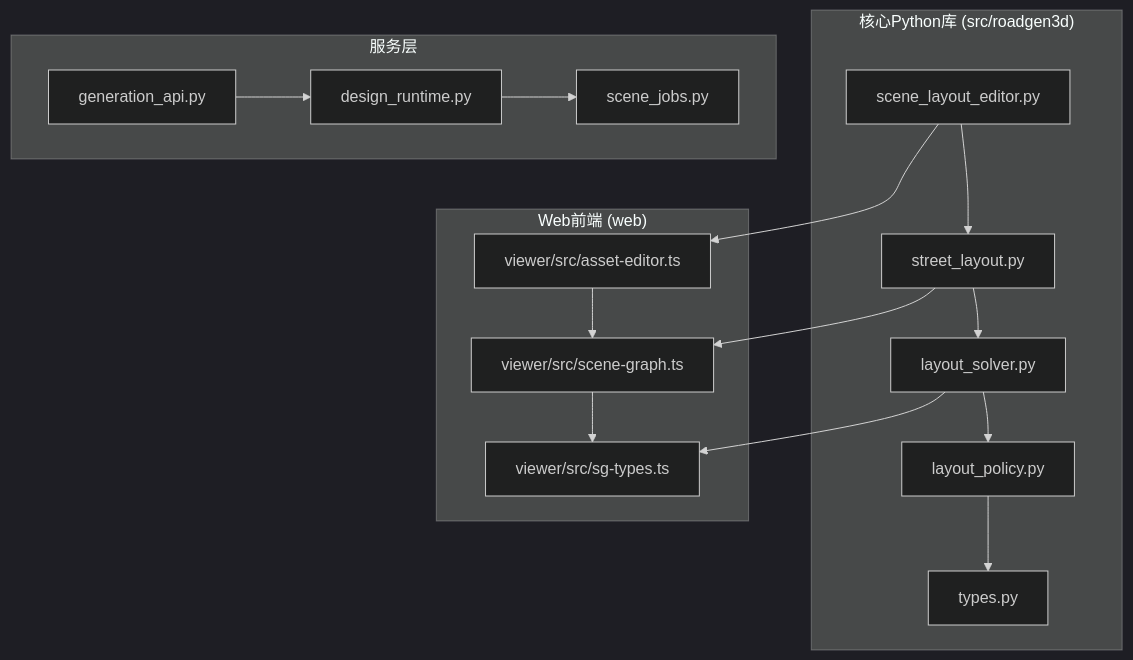
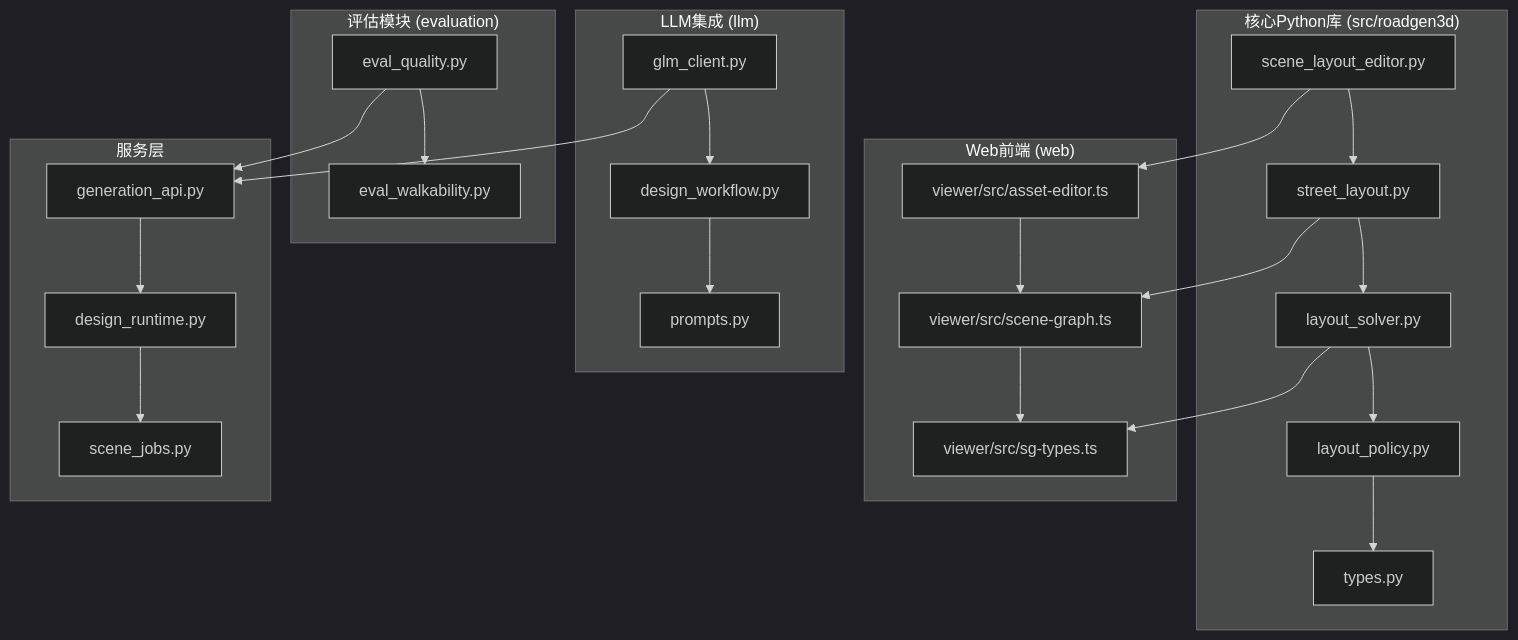
Before and after one commit to wsqstar/RoadGen3D: the first of 7 diagrams in .qoder/repowiki/zh/content/里程碑管道/自动场景生成流水线/场景布局编辑器.md, drawn with Mermaid (dark theme). The commit also changed other lines of this file and 12 other files, not shown here.

````diff
--- a/.qoder/repowiki/zh/content/里程碑管道/自动场景生成流水线/场景布局编辑器.md
+++ b/.qoder/repowiki/zh/content/里程碑管道/自动场景生成流水线/场景布局编辑器.md
@@ -41,20 +60,29 @@
 ```mermaid
 graph TB
 subgraph "核心Python库 (src/roadgen3d)"
 A[scene_layout_editor.py] --> B[street_layout.py]
 B --> C[layout_solver.py]
 C --> D[layout_policy.py]
 D --> E[types.py]
 end
+subgraph "评估模块 (evaluation)"
+F[eval_quality.py] --> G[eval_walkability.py]
+end
+subgraph "LLM集成 (llm)"
+H[glm_client.py] --> I[design_workflow.py]
+I --> J[prompts.py]
+end
 subgraph "Web前端 (web)"
-F[viewer/src/asset-editor.ts] --> G[viewer/src/scene-graph.ts]
-G --> H[viewer/src/sg-types.ts]
+K[viewer/src/asset-editor.ts] --> L[viewer/src/scene-graph.ts]
+L --> M[viewer/src/sg-types.ts]
 end
 subgraph "服务层"
-I[generation_api.py] --> J[design_runtime.py]
-J --> K[scene_jobs.py]
+N[generation_api.py] --> O[design_runtime.py]
+O --> P[scene_jobs.py]
 end
-A --> F
-B --> G
-C --> H
+A --> K
+B --> L
+C --> M
+F --> N
+H --> N
 ```
````
